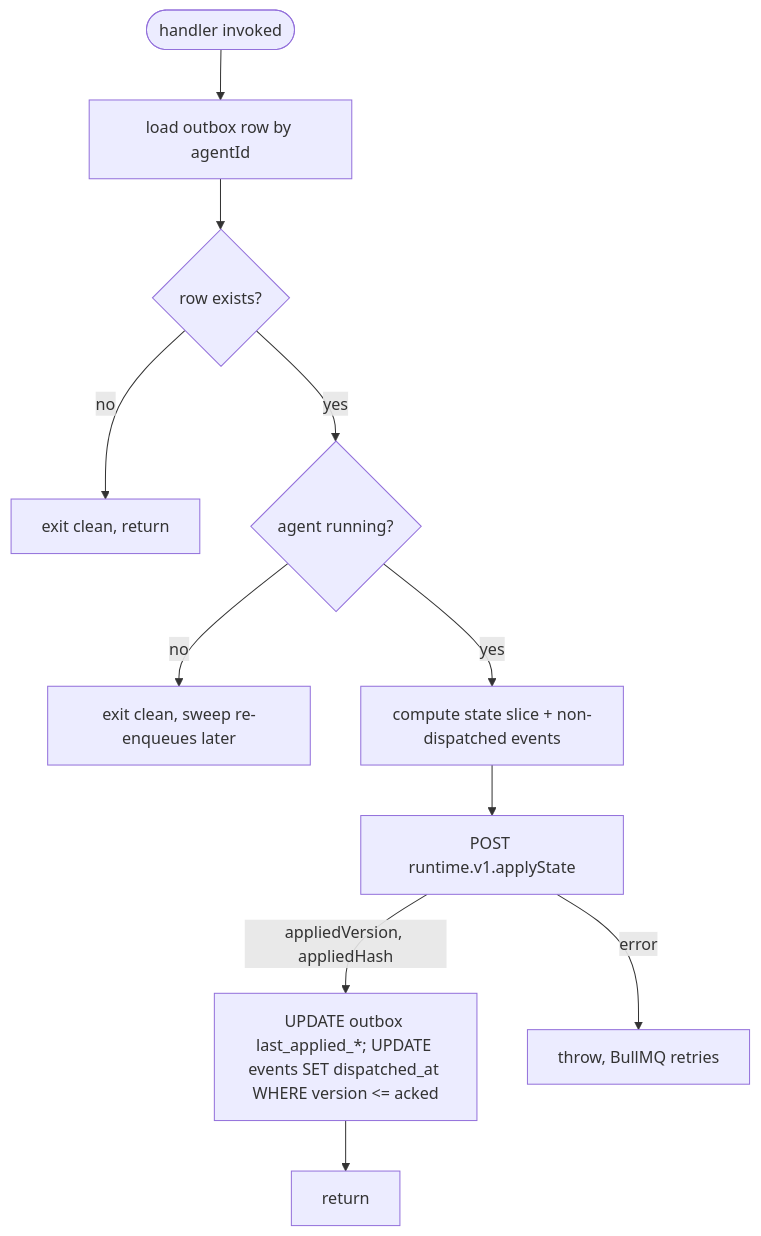
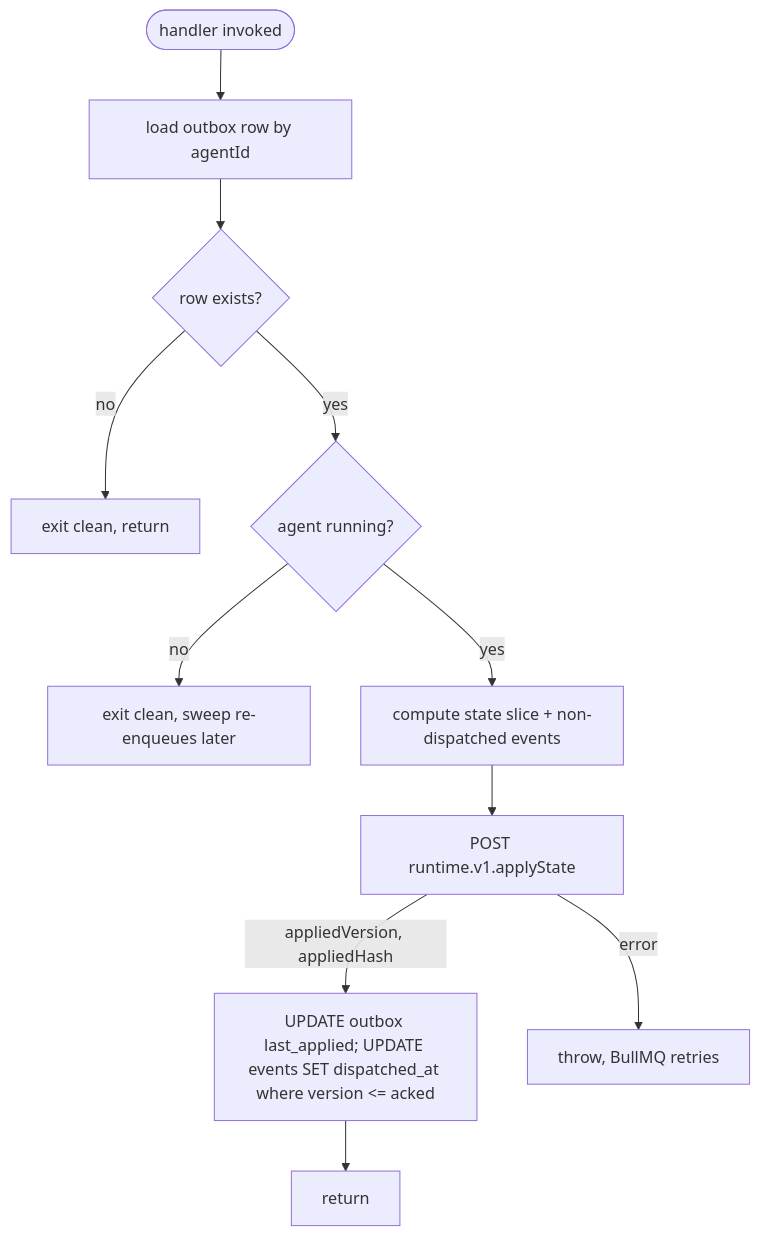
Before and after one commit to dam-agents/dam: the sixth of 6 diagrams in docs/architecture/connections.md, drawn with Mermaid. The commit also changed other lines of this file, not shown here.

Commit message:
docs: avoid <= in mermaid blocks (GitHub parse error)

````diff
--- a/docs/architecture/connections.md
+++ b/docs/architecture/connections.md
@@ -411,22 +411,22 @@
 ```mermaid
 flowchart TD
   handlerStart([handler invoked])
   load[load outbox row by agentId]
   exists{row exists?}
   noop[exit clean, return]
   check{agent running?}
   defer[exit clean, sweep re-enqueues later]
   compute[compute state slice + non-dispatched events]
   dispatch[POST runtime.v1.applyState]
-  stamp[UPDATE outbox last_applied_*; UPDATE events SET dispatched_at WHERE version <= acked]
+  stamp["UPDATE outbox last_applied; UPDATE events SET dispatched_at where version &lt;= acked"]
   ok[return]
   fail[throw, BullMQ retries]
 
   handlerStart --> load --> exists
   exists -->|no| noop
   exists -->|yes| check
   check -->|no| defer
   check -->|yes| compute --> dispatch
   dispatch -->|appliedVersion, appliedHash| stamp --> ok
   dispatch -->|error| fail
 ```
````
